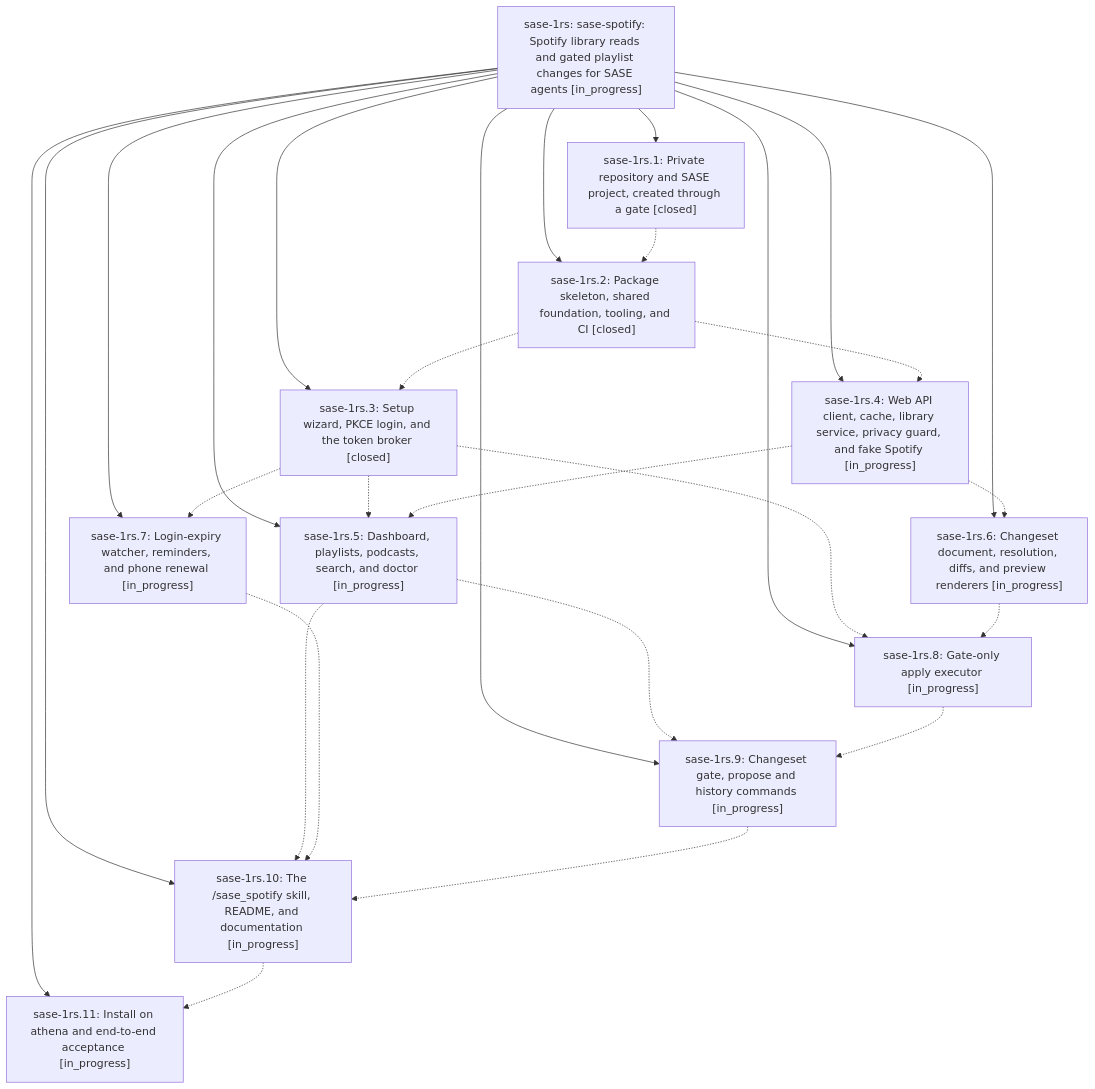
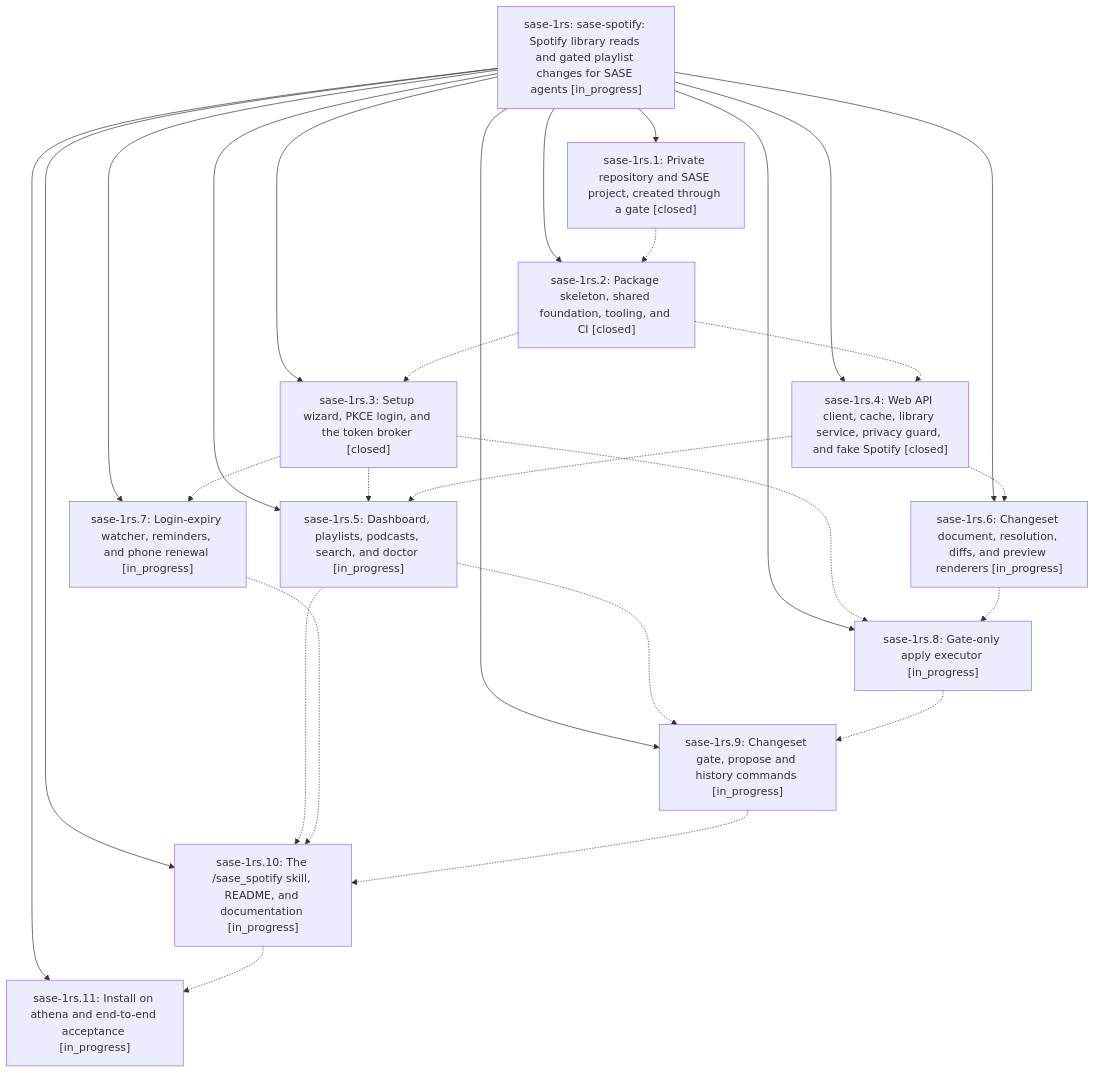
One commit to sase-org/sase--beads changed the diagram in pages/sase-1rs/README.md. Above: the diagram before and after it, drawn with Mermaid. The commit also changed other lines of this file and 5 other files, not shown here.

````diff
--- a/pages/sase-1rs/README.md
+++ b/pages/sase-1rs/README.md
@@ -44,41 +46,41 @@
 ```mermaid
 flowchart TD
     n0["sase-1rs: sase-spotify: Spotify library reads and gated playlist changes for SASE agents [in_progress]"]
     n1["sase-1rs.1: Private repository and SASE project, created through a gate [closed]"]
     n2["sase-1rs.10: The /sase_spotify skill, README, and documentation [in_progress]"]
     n3["sase-1rs.11: Install on athena and end-to-end acceptance [in_progress]"]
     n4["sase-1rs.2: Package skeleton, shared foundation, tooling, and CI [closed]"]
     n5["sase-1rs.3: Setup wizard, PKCE login, and the token broker [closed]"]
-    n6["sase-1rs.4: Web API client, cache, library service, privacy guard, and fake Spotify [in_progress]"]
+    n6["sase-1rs.4: Web API client, cache, library service, privacy guard, and fake Spotify [closed]"]
     n7["sase-1rs.5: Dashboard, playlists, podcasts, search, and doctor [in_progress]"]
     n8["sase-1rs.6: Changeset document, resolution, diffs, and preview renderers [in_progress]"]
     n9["sase-1rs.7: Login-expiry watcher, reminders, and phone renewal [in_progress]"]
     n10["sase-1rs.8: Gate-only apply executor [in_progress]"]
     n11["sase-1rs.9: Changeset gate, propose and history commands [in_progress]"]
     n0 --> n1
     n0 --> n2
     n0 --> n3
     n0 --> n4
     n0 --> n5
     n0 --> n6
     n0 --> n7
     n0 --> n8
     n0 --> n9
     n0 --> n10
     n0 --> n11
     n1 -.-> n4
     n2 -.-> n3
     n4 -.-> n5
     n4 -.-> n6
     n5 -.-> n7
     n5 -.-> n9
     n5 -.-> n10
     n6 -.-> n7
     n6 -.-> n8
     n7 -.-> n2
     n7 -.-> n11
     n8 -.-> n10
     n9 -.-> n2
     n10 -.-> n11
     n11 -.-> n2
 ```
````
